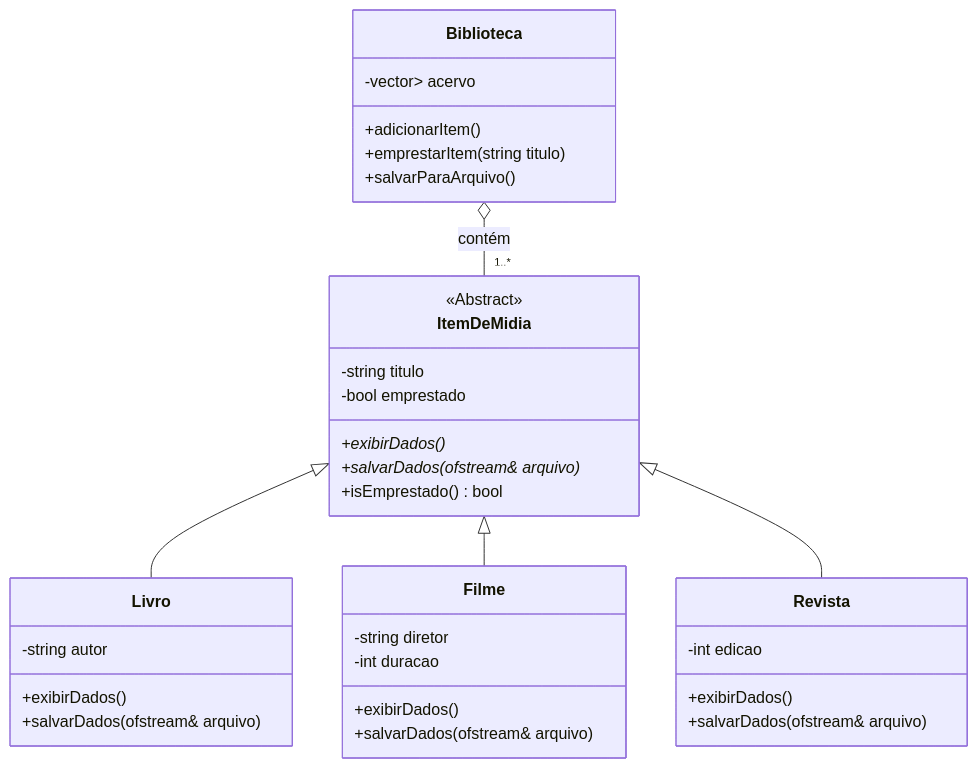
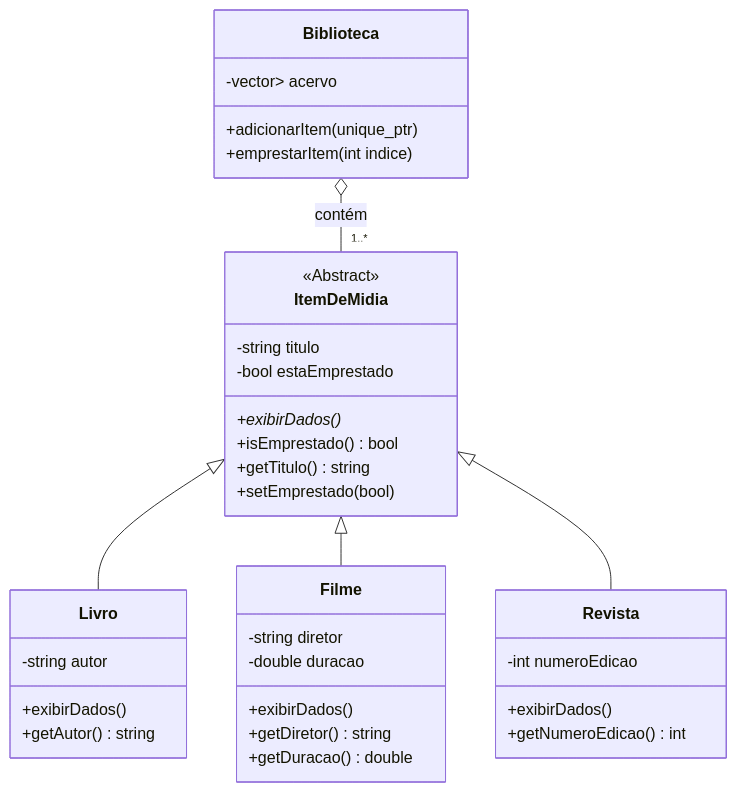
Before and after one commit to gui-ccr/LibMan-Cpp: the diagram in README.md, drawn with Mermaid.

````diff
--- a/README.md
+++ b/README.md
@@ -68,43 +68,43 @@
 ```mermaid
 classDiagram
     class ItemDeMidia {
         <<Abstract>>
         -string titulo
-        -bool emprestado
+        -bool estaEmprestado
         +exibirDados()*
-        +salvarDados(ofstream& arquivo)*
         +isEmprestado() bool
+        +getTitulo() string
+        +setEmprestado(bool)
     }
 
     class Livro {
         -string autor
         +exibirDados()
-        +salvarDados(ofstream& arquivo)
+        +getAutor() string
     }
 
     class Filme {
         -string diretor
-        -int duracao
+        -double duracao
         +exibirDados()
-        +salvarDados(ofstream& arquivo)
+        +getDiretor() string
+        +getDuracao() double
     }
 
     class Revista {
-        -int edicao
+        -int numeroEdicao
         +exibirDados()
-        +salvarDados(ofstream& arquivo)
+        +getNumeroEdicao() int
     }
     
     class Biblioteca {
         -vector<unique_ptr<ItemDeMidia>> acervo
-        +adicionarItem()
-        +emprestarItem(string titulo)
-        +salvarParaArquivo()
+        +adicionarItem(unique_ptr<ItemDeMidia>)
+        +emprestarItem(int indice)
     }
 
     ItemDeMidia <|-- Livro
     ItemDeMidia <|-- Filme
     ItemDeMidia <|-- Revista
     Biblioteca o-- "1..*" ItemDeMidia : contém
-
 ```
````
